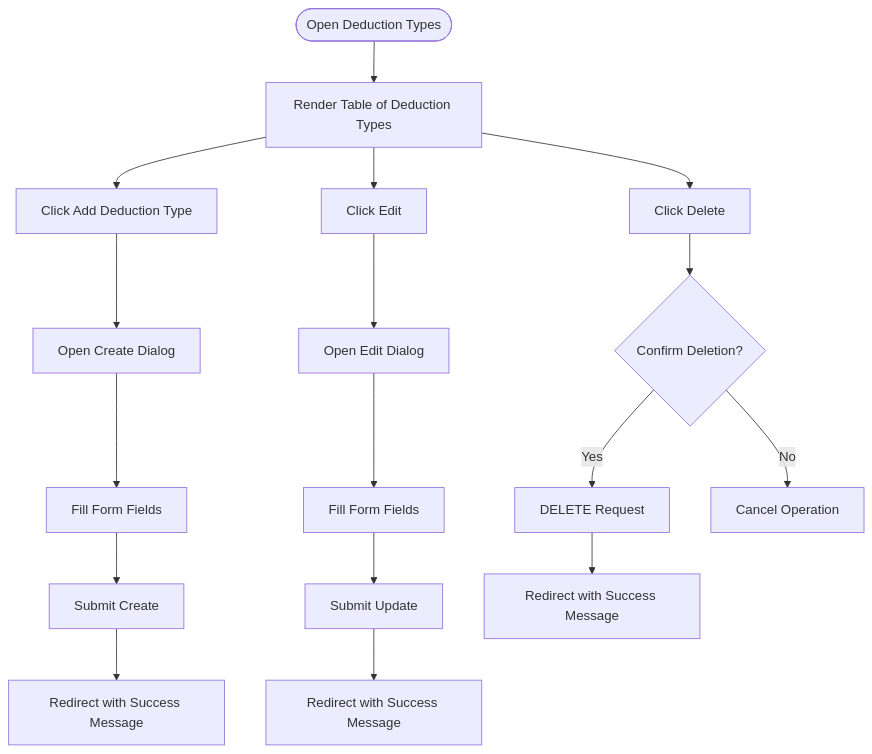
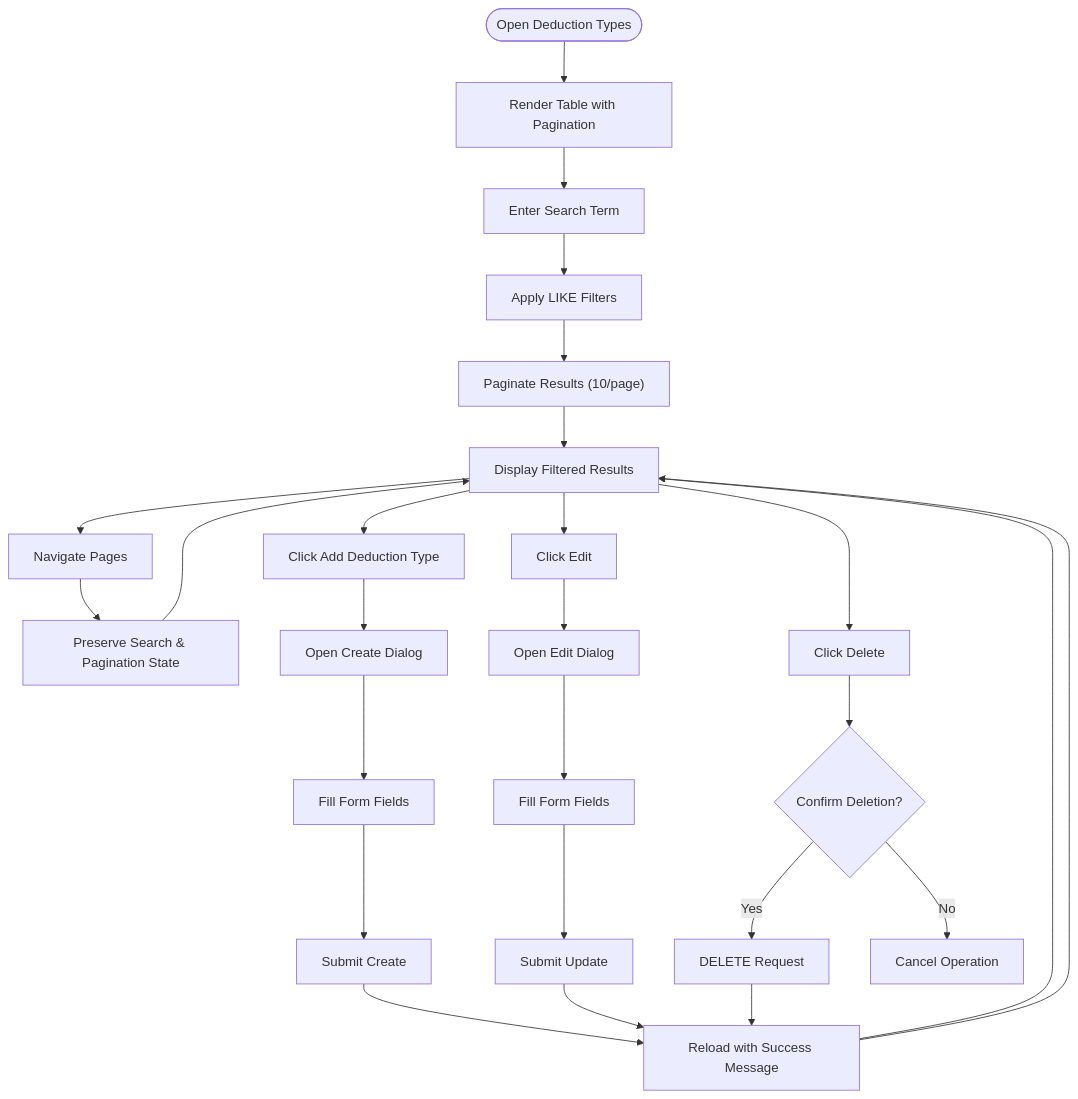
One commit to vincet0t15/template changed the fifth of 7 diagrams in .qoder/repowiki/en/content/Deduction Management/Deduction Types Configuration.md. Above: the diagram before and after it, drawn with Mermaid. The commit also changed other lines of this file and 11 other files, not shown here.

````diff
--- a/.qoder/repowiki/en/content/Deduction Management/Deduction Types Configuration.md
+++ b/.qoder/repowiki/en/content/Deduction Management/Deduction Types Configuration.md
@@ -250,19 +286,28 @@
 ```mermaid
 flowchart TD
-Start(["Open Deduction Types"]) --> View["Render Table of Deduction Types"]
-View --> Create["Click Add Deduction Type"]
+Start(["Open Deduction Types"]) --> View["Render Table with Pagination"]
+View --> Search["Enter Search Term"]
+Search --> Filter["Apply LIKE Filters"]
+Filter --> Paginate["Paginate Results (10/page)"]
+Paginate --> ViewFiltered["Display Filtered Results"]
+ViewFiltered --> Navigate["Navigate Pages"]
+Navigate --> Preserve["Preserve Search & Pagination State"]
+Preserve --> ViewFiltered
+ViewFiltered --> Create["Click Add Deduction Type"]
 Create --> OpenCreate["Open Create Dialog"]
 OpenCreate --> FillCreate["Fill Form Fields"]
 FillCreate --> SubmitCreate["Submit Create"]
-SubmitCreate --> SuccessCreate["Redirect with Success Message"]
-View --> Edit["Click Edit"]
+SubmitCreate --> Reload["Reload with Success Message"]
+Reload --> ViewFiltered
+ViewFiltered --> Edit["Click Edit"]
 Edit --> OpenEdit["Open Edit Dialog"]
 OpenEdit --> FillEdit["Fill Form Fields"]
 FillEdit --> SubmitEdit["Submit Update"]
-SubmitEdit --> SuccessEdit["Redirect with Success Message"]
-View --> Delete["Click Delete"]
+SubmitEdit --> Reload
+Reload --> ViewFiltered
+ViewFiltered --> Delete["Click Delete"]
 Delete --> Confirm{"Confirm Deletion?"}
 Confirm --> |Yes| DoDelete["DELETE Request"]
-DoDelete --> SuccessDelete["Redirect with Success Message"]
+DoDelete --> Reload
 Confirm --> |No| Cancel["Cancel Operation"]
 ```
````
